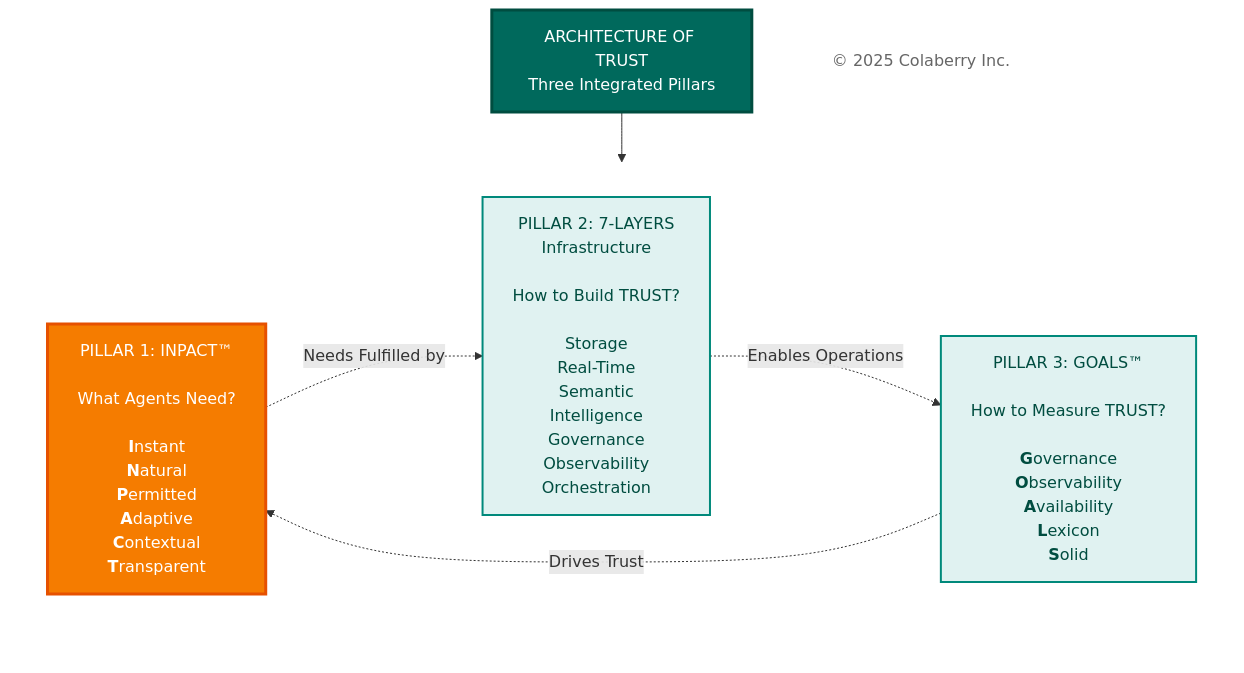
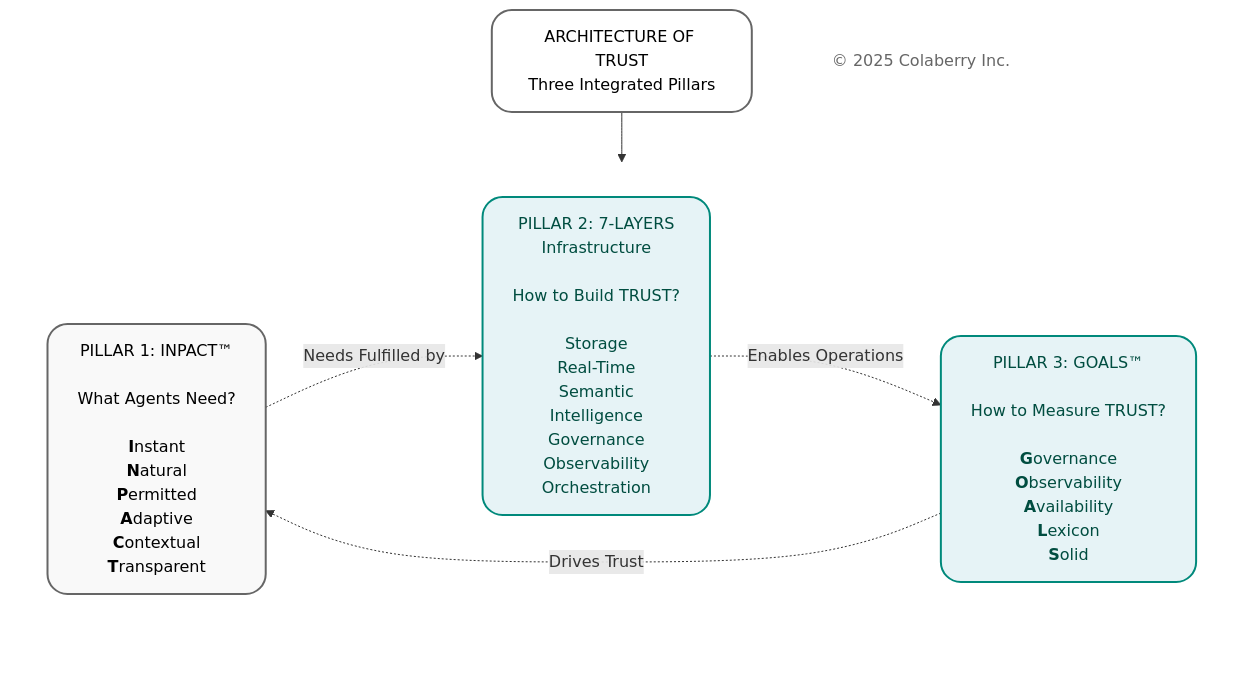
Before and after one commit to saitejesh-cyber/trust-before-intelligence-book: the second of 12 diagrams in manuscript/03_chapter_2_inpact_framework.md, drawn with Mermaid. The commit also changed other lines of this file, not shown here.

Commit message:
Chapter3: Updated mermaid diagrams based on new colaberry color code

````diff
--- a/manuscript/03_chapter_2_inpact_framework.md
+++ b/manuscript/03_chapter_2_inpact_framework.md
@@ -71,33 +71,33 @@
 ```mermaid
 
 
 graph TB
     Title["ARCHITECTURE OF TRUST<br/>Three Integrated Pillars"]
     
     subgraph PILLARS[" "]
         direction LR
         INPACT["PILLAR 1: INPACT™<br/><br/>What Agents Need?<br/><br/><b>I</b>nstant<br/><b>N</b>atural<br/><b>P</b>ermitted<br/><b>A</b>daptive<br/><b>C</b>ontextual<br/><b>T</b>ransparent"]
         
         Layers["PILLAR 2: 7-LAYERS<br/>Infrastructure<br/><br/>How to Build TRUST?<br/><br/>Storage<br/>Real-Time<br/>Semantic<br/>Intelligence<br/>Governance<br/>Observability<br/>Orchestration"]
         
         GOALS["PILLAR 3: GOALS™<br/><br/>How to Measure TRUST?<br/><br/><b>G</b>overnance<br/><b>O</b>bservability<br/><b>A</b>vailability<br/><b>L</b>exicon<br/><b>S</b>olid"]
     end
     
     Copyright["© 2025 Colaberry Inc."]
     
     Title --> PILLARS
     
     INPACT -.->|"Needs Fulfilled by"| Layers
     Layers -.->|"Enables Operations"| GOALS
     GOALS -.->|"Drives Trust"| INPACT
     
-    style Title fill:#00695c,color:#ffffff,stroke:#004d40,stroke-width:3px
+    style Title fill:#ffffff,stroke:#666666,stroke-width:2px,color:#000000,rx:20,ry:20
     style PILLARS fill:none,stroke:none
-    style INPACT fill:#f57c00,stroke:#e65100,stroke-width:3px,color:#ffffff
-    style Layers fill:#e0f2f1,stroke:#00897b,stroke-width:2px,color:#004d40
-    style GOALS fill:#e0f2f1,stroke:#00897b,stroke-width:2px,color:#004d40
-    style Copyright fill:#ffffff,stroke:none,color:#666666
+    style INPACT fill:#f9f9f9,stroke:#666666,stroke-width:2px,color:#000000,rx:20,ry:20
+    style Layers fill:#e6f3f6,stroke:#00897b,stroke-width:2px,color:#004d40,rx:20,ry:20
+    style GOALS fill:#e6f3f6,stroke:#00897b,stroke-width:2px,color:#004d40,rx:20,ry:20
+    style Copyright fill:none,stroke:none,color:#666666
 
 
 
 ```
````
